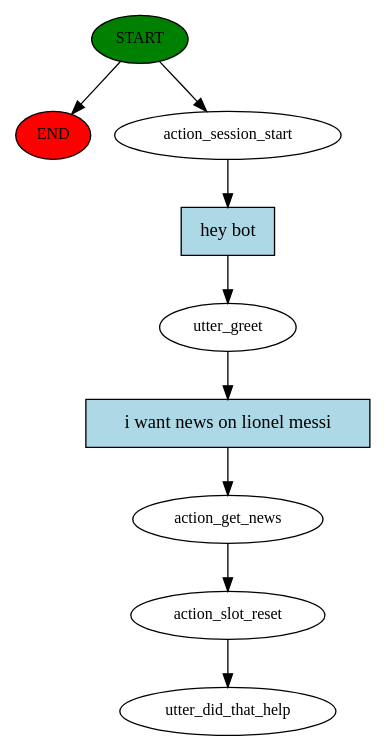
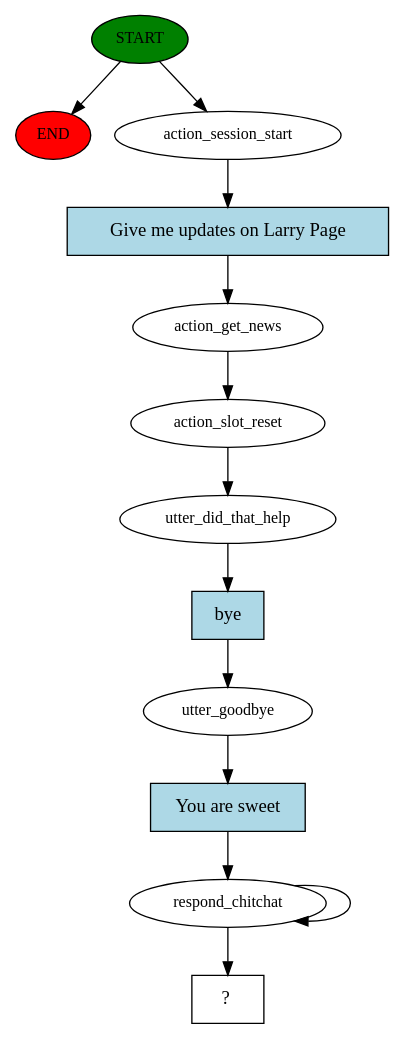
One commit to AyodejiIbimilua/jamisi-bot changed the diagram in story_graph.dot. Above: the diagram before and after it, drawn with Graphviz. The commit also changed 5 other files, not shown here.

```diff
--- a/story_graph.dot
+++ b/story_graph.dot
@@ -1,19 +1,26 @@
 digraph  {
 0 [class="start active", fillcolor=green, fontsize=12, label=START, style=filled];
 "-1" [class=end, fillcolor=red, fontsize=12, label=END, style=filled];
 1 [class=active, fontsize=12, label=action_session_start];
-2 [class=active, fontsize=12, label=utter_greet];
-3 [class=active, fontsize=12, label=action_get_news];
-4 [class=active, fontsize=12, label=action_slot_reset];
-5 [class="dashed active", fontsize=12, label=utter_did_that_help];
-6 [class="intent active", fillcolor=lightblue, label="hey bot", shape=rect, style=filled];
-7 [class="intent active", fillcolor=lightblue, label="i want news on lionel messi", shape=rect, style=filled];
+2 [class=active, fontsize=12, label=action_get_news];
+3 [class=active, fontsize=12, label=action_slot_reset];
+4 [class=active, fontsize=12, label=utter_did_that_help];
+5 [class=active, fontsize=12, label=utter_goodbye];
+6 [class=active, fontsize=12, label=respond_chitchat];
+10 [class="intent dashed active", label="  ?  ", shape=rect];
+11 [class="intent active", fillcolor=lightblue, label="Give me updates on Larry Page", shape=rect, style=filled];
+12 [class="intent active", fillcolor=lightblue, label=bye, shape=rect, style=filled];
+13 [class="intent active", fillcolor=lightblue, label="You are sweet", shape=rect, style=filled];
 0 -> "-1"  [class="", key=NONE, label=""];
 0 -> 1  [class=active, key=NONE, label=""];
-1 -> 6  [class=active, key=0];
-2 -> 7  [class=active, key=0];
+1 -> 11  [class=active, key=0];
+2 -> 3  [class=active, key=NONE, label=""];
 3 -> 4  [class=active, key=NONE, label=""];
-4 -> 5  [class=active, key=NONE, label=""];
-6 -> 2  [class=active, key=0];
-7 -> 3  [class=active, key=0];
+4 -> 12  [class=active, key=0];
+5 -> 13  [class=active, key=0];
+6 -> 6  [class=active, key=NONE, label=""];
+6 -> 10  [class=active, key=NONE, label=""];
+11 -> 2  [class=active, key=0];
+12 -> 5  [class=active, key=0];
+13 -> 6  [class=active, key=0];
 }
```
